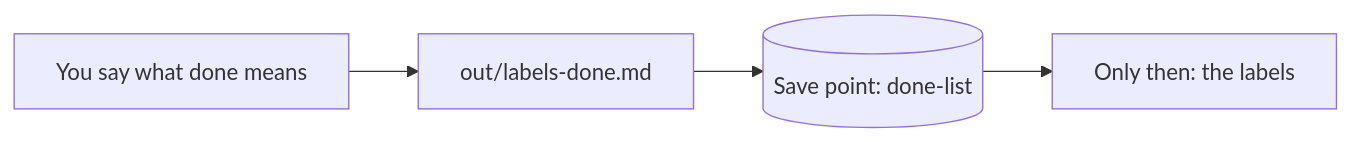
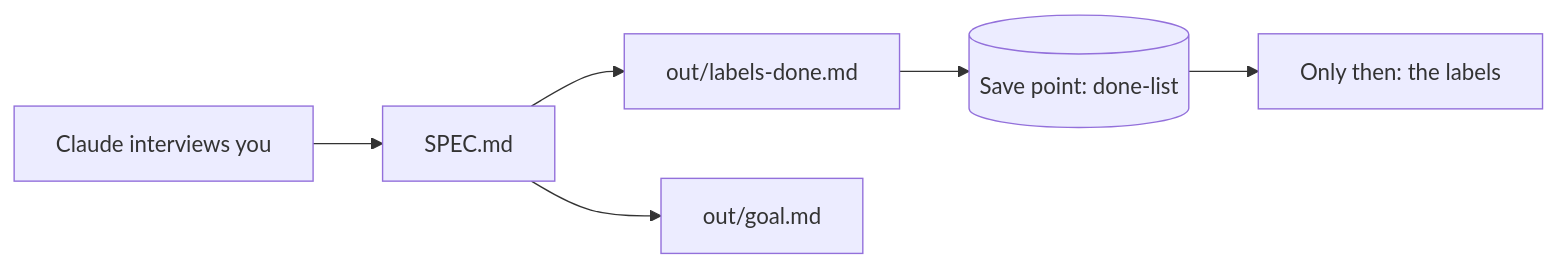
The diagram in parts/04-repeat-the-work/01-write-the-done-list/problem/README.md (learnwithparam/claude-code-for-everyone), drawn with Mermaid before and after one commit. The commit also changed other lines of this file and 573 other files, not shown here.

````diff
--- a/parts/04-repeat-the-work/01-write-the-done-list/problem/README.md
+++ b/parts/04-repeat-the-work/01-write-the-done-list/problem/README.md
@@ -9,6 +7,8 @@
 ```mermaid
 flowchart LR
-  Y[You say what done means] --> D[out/labels-done.md]
-  D --> S[(Save point: done-list)]
-  S --> L[Only then: the labels]
+  I[Claude interviews you] --> S[SPEC.md]
+  S --> D[out/labels-done.md]
+  S --> G[out/goal.md]
+  D --> P[(Save point: done-list)]
+  P --> L[Only then: the labels]
 ```
````
